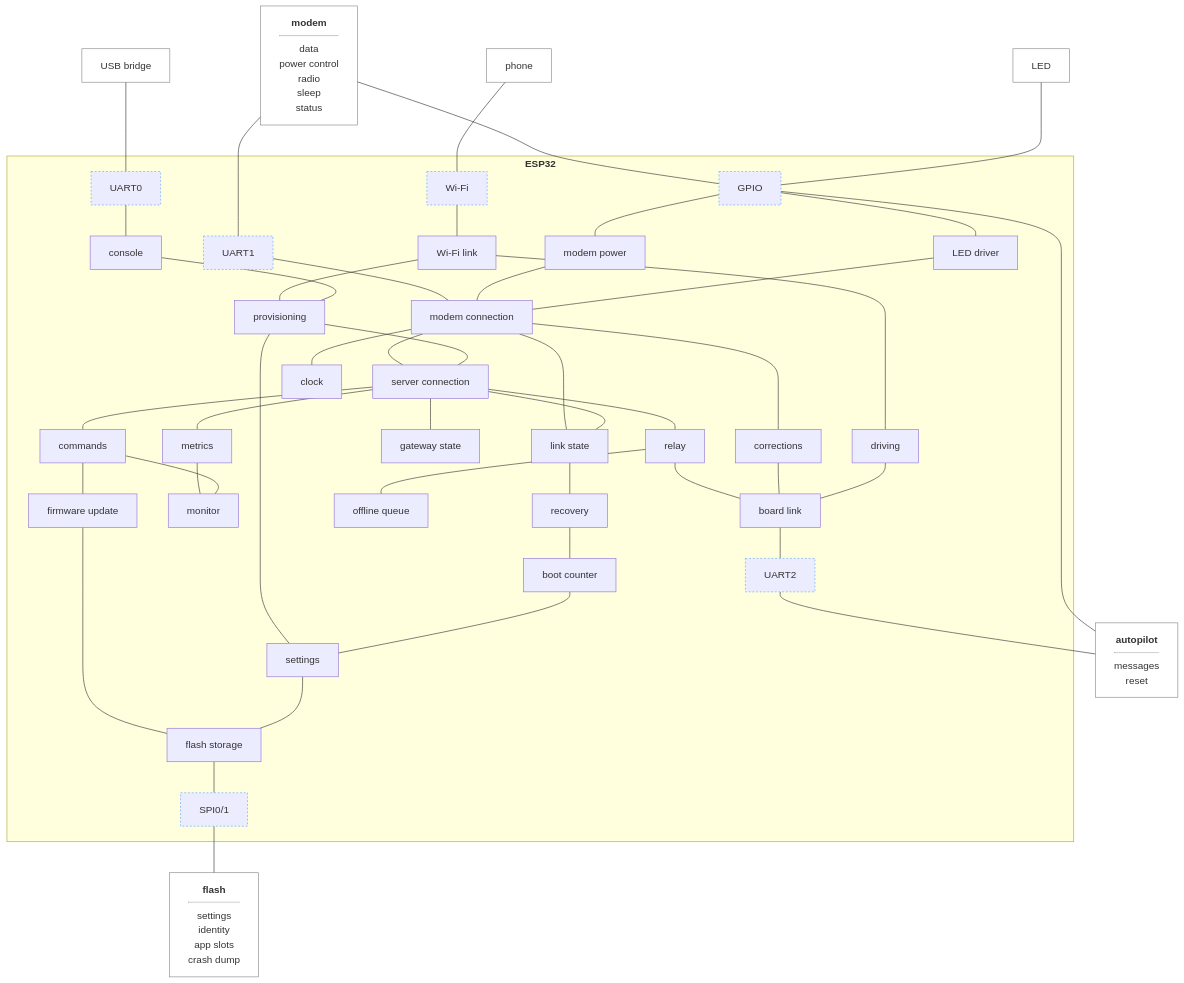
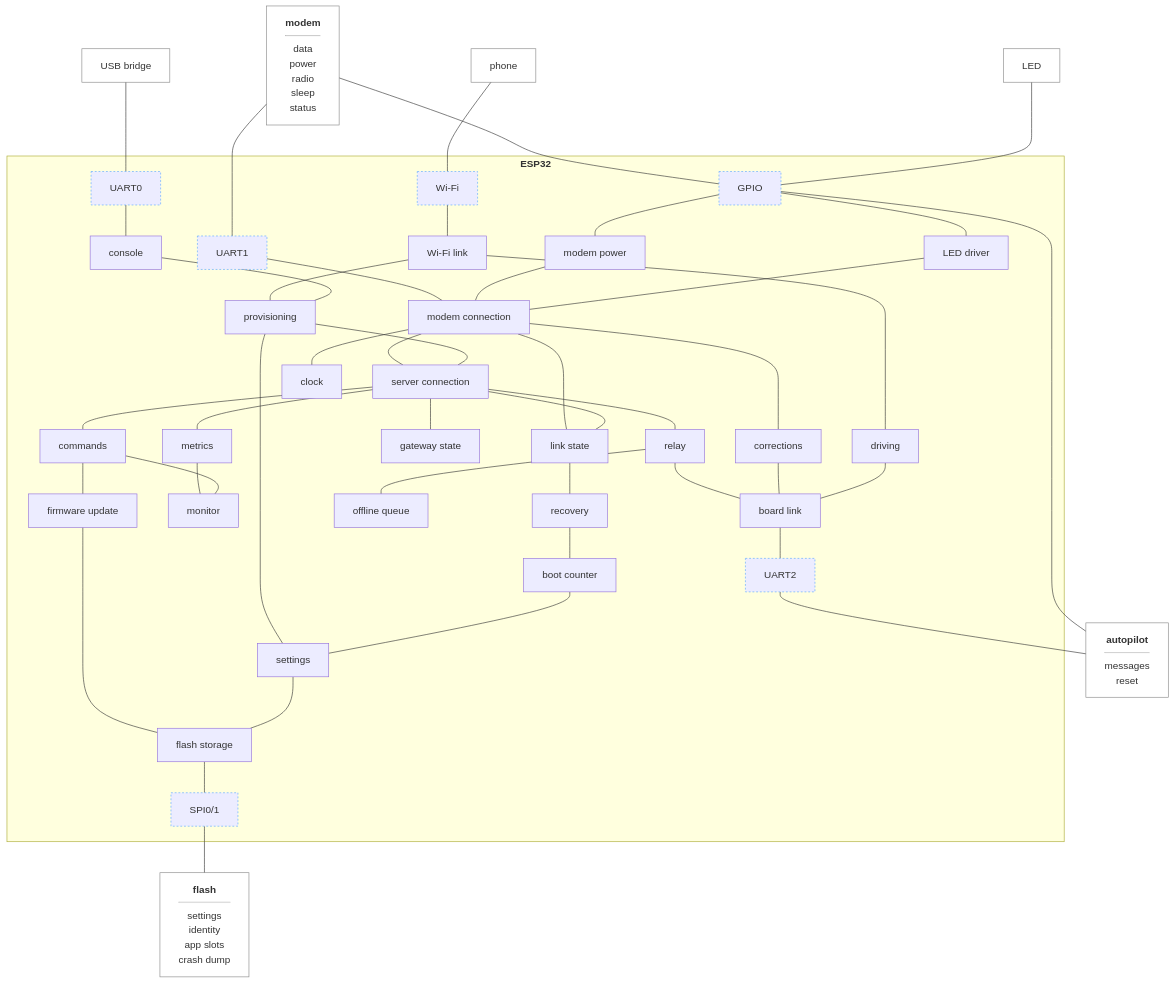
One commit to rmx-lt/rmx-mower-gateway changed the diagram in .esp-architecture/diagrams/block-draft.md. Above: the diagram before and after it, drawn with Mermaid.

Commit message:
Draft: power as a modem part

````diff
--- a/.esp-architecture/diagrams/block-draft.md
+++ b/.esp-architecture/diagrams/block-draft.md
@@ -5,80 +5,80 @@
 ```mermaid
 flowchart TD
-  modem["<b>modem</b><hr/>data<br/>power control<br/>radio<br/>sleep<br/>status"]
+  modem["<b>modem</b><hr/>data<br/>power<br/>radio<br/>sleep<br/>status"]
   led["LED"]
   ph["phone"]
   usb["USB bridge"]
   subgraph cpu["<b>ESP32</b>"]
     u1["UART1"]
     gp["GPIO"]
     wf["Wi-Fi"]
     u0["UART0"]
     conn["modem connection"]
     pwr["modem power"]
     ledd["LED driver"]
     wl["Wi-Fi link"]
     con["console"]
     ntrip["corrections"]
     mqtt["server connection"]
     drive["driving"]
     prov["provisioning"]
     cmd["commands"]
     upd["firmware update"]
     state["gateway state"]
     met["metrics"]
     mon["monitor"]
     ls["link state"]
     clk["clock"]
     rec["recovery"]
     boot["boot counter"]
     relay["relay"]
     q["offline queue"]
     bl["board link"]
     set["settings"]
     fs["flash storage"]
     u2["UART2"]
     sp["SPI0/1"]
   end
   ap["<b>autopilot</b><hr/>messages<br/>reset"]
   fl["<b>flash</b><hr/>settings<br/>identity<br/>app slots<br/>crash dump"]
   modem --- u1 --- conn
   modem --- gp
   led --- gp
   gp --- pwr --- conn
   gp --- ledd --- conn
   ph --- wf --- wl
   usb --- u0 --- con
   wl --- drive
   wl --- prov
   con --- prov
   conn --- mqtt
   conn --- ntrip
   conn --- clk
   conn --- ls
   mqtt --- ls
   mqtt --- cmd
   mqtt --- state
   mqtt --- met
   mqtt --- relay
   met --- mon
   cmd --- mon
   cmd --- upd
   prov --- mqtt
   prov --- set
   ls --- rec
   rec --- boot
   boot --- set
   relay --- q
   relay --- bl
   ntrip --- bl
   drive --- bl
   upd --- fs
   set --- fs
   fs --- sp --- fl
   bl --- u2 --- ap
   gp --- ap
   classDef bus stroke:#58a6ff,stroke-dasharray:3 3
   class u1,gp,u2,wf,u0,sp bus
   classDef device fill:none,stroke:#888
   class modem,led,ap,ph,usb,fl device
 ```
````
